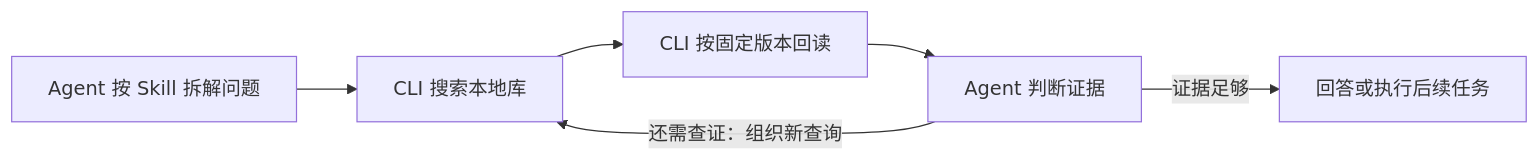
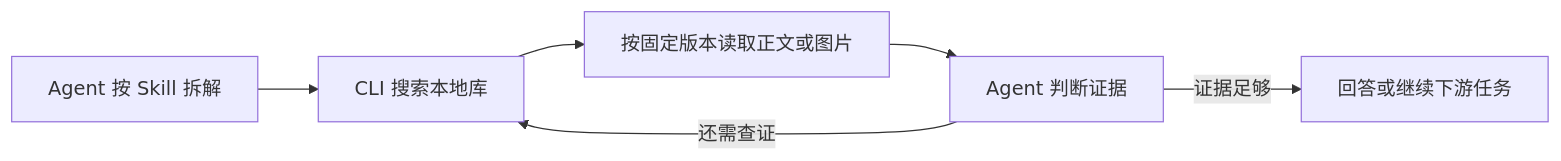
Before and after one commit to 13-pieces-teen/xhs-context: the diagram in README.md, drawn with Mermaid. The commit also changed other lines of this file and 39 other files, not shown here.

````diff
--- a/README.md
+++ b/README.md
@@ -58,8 +48,8 @@
 ```mermaid
 flowchart LR
-  A[Agent 按 Skill 拆解问题] --> B[CLI 搜索本地库]
-  B --> C[CLI 按固定版本回读]
+  A[Agent 按 Skill 拆解] --> B[CLI 搜索本地库]
+  B --> C[按固定版本读取正文或图片]
   C --> D[Agent 判断证据]
-  D -->|还需查证：组织新查询| B
-  D -->|证据足够| E[回答或执行后续任务]
+  D -->|还需查证| B
+  D -->|证据足够| E[回答或继续下游任务]
 ```
````
